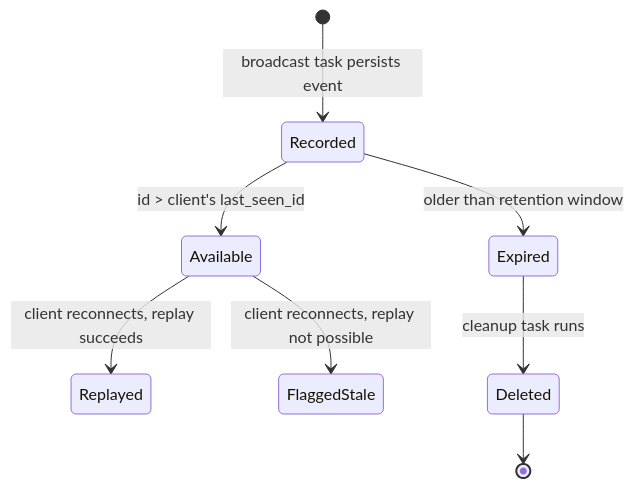
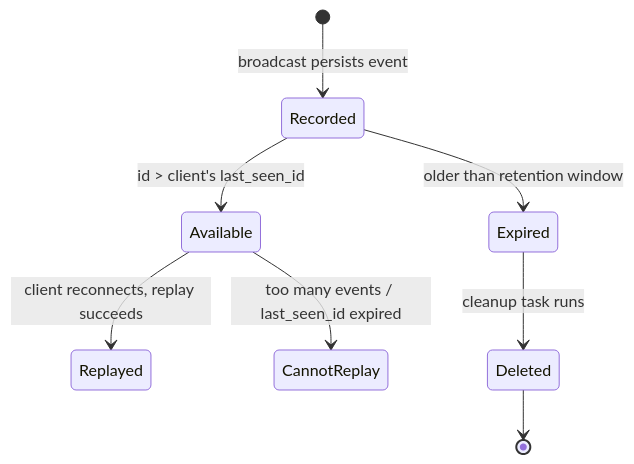
One commit to baserow/baserow changed the third of 4 diagrams in docs/technical/realtime-reliability.md. Above: the diagram before and after it, drawn with Mermaid. The commit also changed other lines of this file and 23 other files, not shown here.

````diff
--- a/docs/technical/realtime-reliability.md
+++ b/docs/technical/realtime-reliability.md
@@ -133,10 +133,10 @@
 ```mermaid
 stateDiagram-v2
-    [*] --> Recorded : broadcast task persists event
+    [*] --> Recorded : broadcast persists event
     Recorded --> Available : id > client's last_seen_id
     Available --> Replayed : client reconnects, replay succeeds
-    Available --> FlaggedStale : client reconnects, replay not possible
+    Available --> CannotReplay : too many events / last_seen_id expired
     Recorded --> Expired : older than retention window
     Expired --> Deleted : cleanup task runs
     Deleted --> [*]
 ```
````
